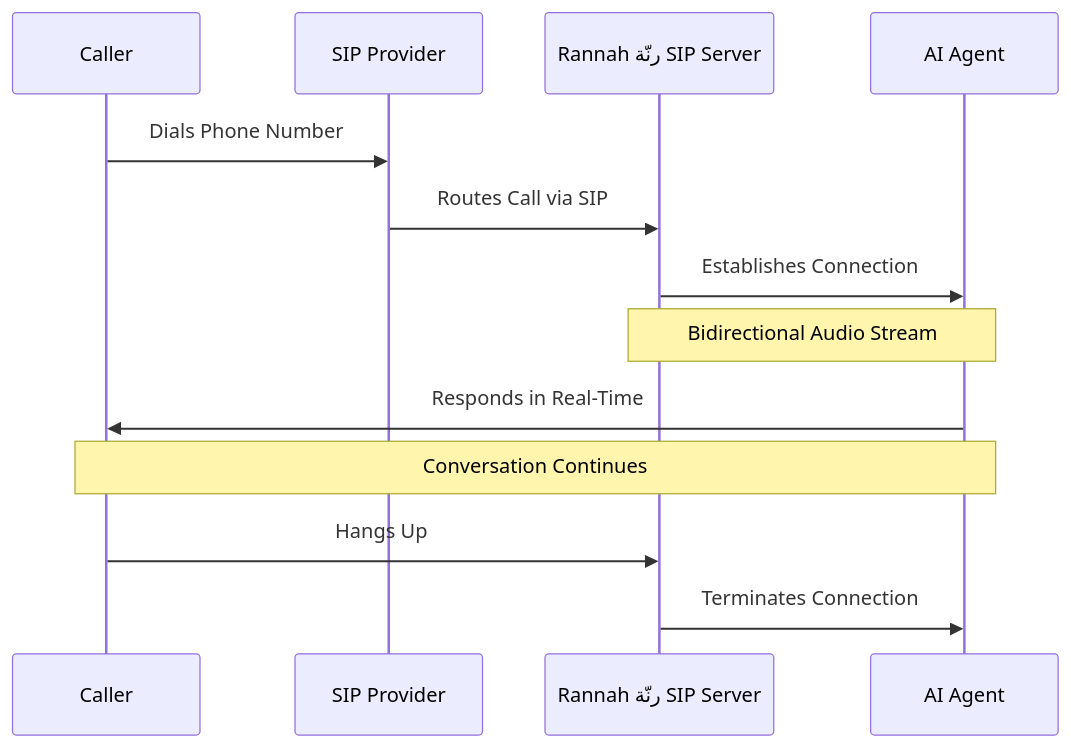
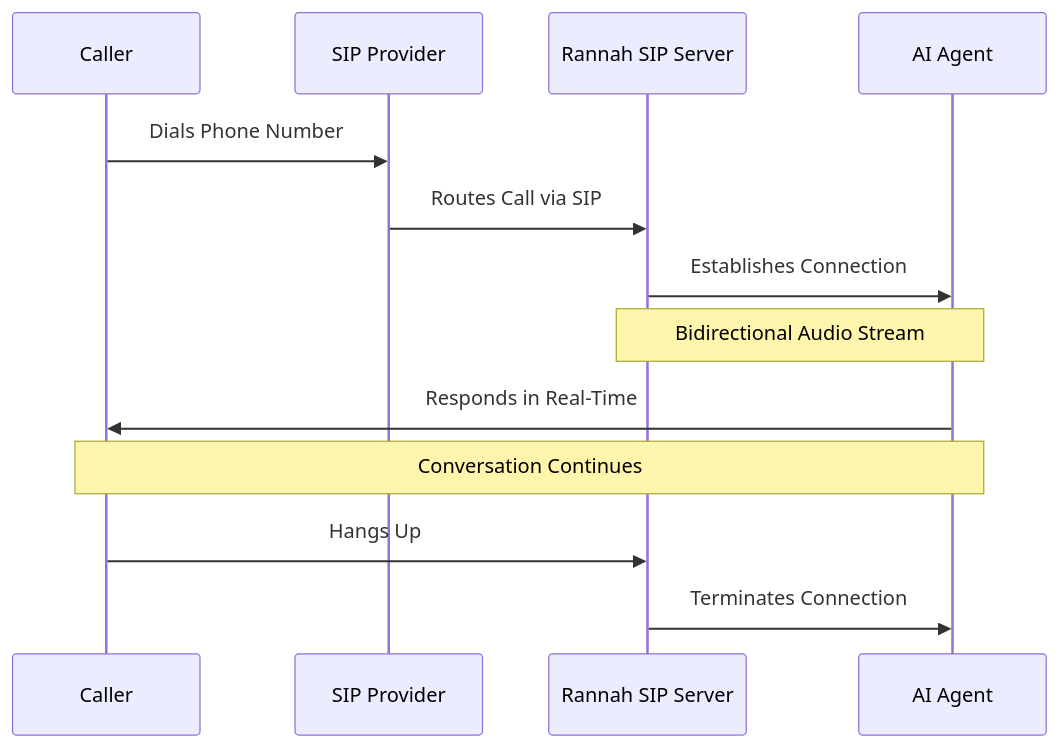
The diagram in voice/sip-trunking/asterisk-setup.mdx (Moe03/rannah-docs), drawn with Mermaid before and after one commit. The commit also changed other lines of this file and 20 other files, not shown here.

````diff
--- a/voice/sip-trunking/asterisk-setup.mdx
+++ b/voice/sip-trunking/asterisk-setup.mdx
@@ -45,16 +45,16 @@
 ```mermaid
 sequenceDiagram
     participant Caller
     participant SIP Provider
-    participant Rannah رنّة SIP Server
+    participant Rannah SIP Server
     participant AI Agent
 
     Caller->>SIP Provider: Dials Phone Number
-    SIP Provider->>Rannah رنّة SIP Server: Routes Call via SIP
-    Rannah رنّة SIP Server->>AI Agent: Establishes Connection
-    Note over Rannah رنّة SIP Server,AI Agent: Bidirectional Audio Stream
+    SIP Provider->>Rannah SIP Server: Routes Call via SIP
+    Rannah SIP Server->>AI Agent: Establishes Connection
+    Note over Rannah SIP Server,AI Agent: Bidirectional Audio Stream
     AI Agent->>Caller: Responds in Real-Time
     Note over Caller,AI Agent: Conversation Continues
-    Caller->>Rannah رنّة SIP Server: Hangs Up
-    Rannah رنّة SIP Server->>AI Agent: Terminates Connection
+    Caller->>Rannah SIP Server: Hangs Up
+    Rannah SIP Server->>AI Agent: Terminates Connection
 ```
````
